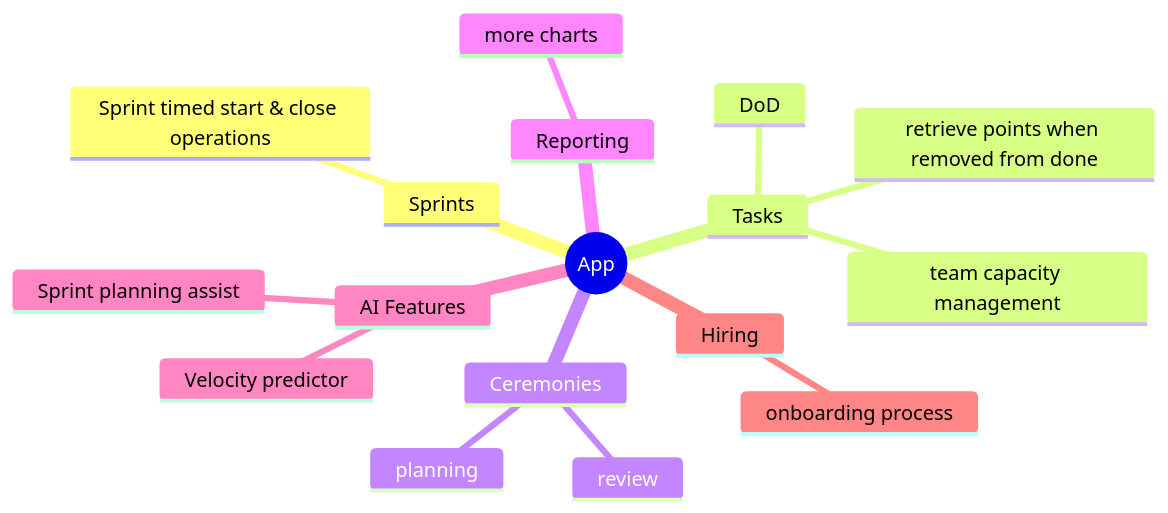
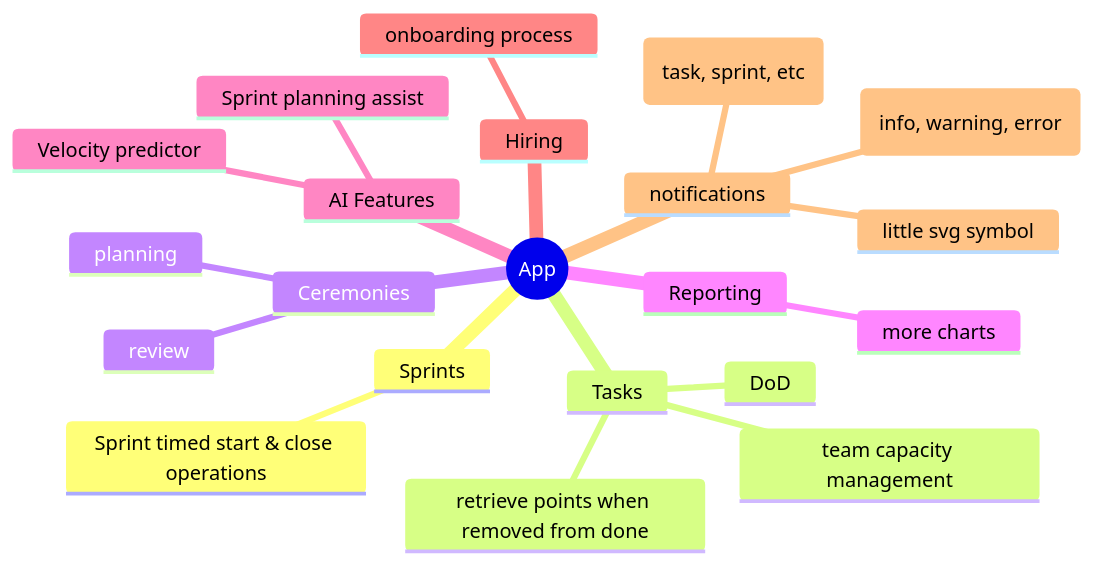
One commit to moad-cher/PFE changed the diagram in README.md. Above: the diagram before and after it, drawn with Mermaid. The commit also changed 6 other files, not shown here.

````diff
--- a/README.md
+++ b/README.md
@@ -97,30 +97,35 @@
 ```mermaid
 mindmap
   root((App))
     Sprints
       %% Sprint state machine
       %% Incomplete stories
       Sprint timed start & close operations
     Tasks
       DoD
       retrieve points when removed from done
       team capacity management
       %% State machine
       %% Assignee
       %% Done definition
     Ceremonies
       review
       planning
       %% Retrospective
     Reporting
       more charts
       %% team workload
       %% Burndown chart
       %% Velocity history
     AI Features
       Sprint planning assist
       Velocity predictor
       %% Assignee suggester
     Hiring
       onboarding process
+    notifications
+      little svg symbol
+      colored by type (info, warning, error)
+      linkes to the relevant item (task, sprint, etc)
+      
 ```
````
